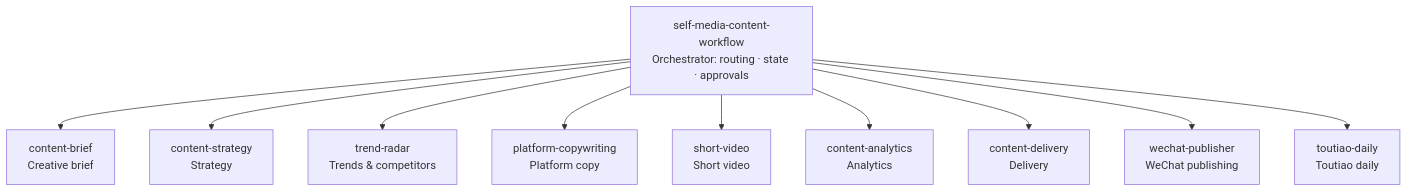
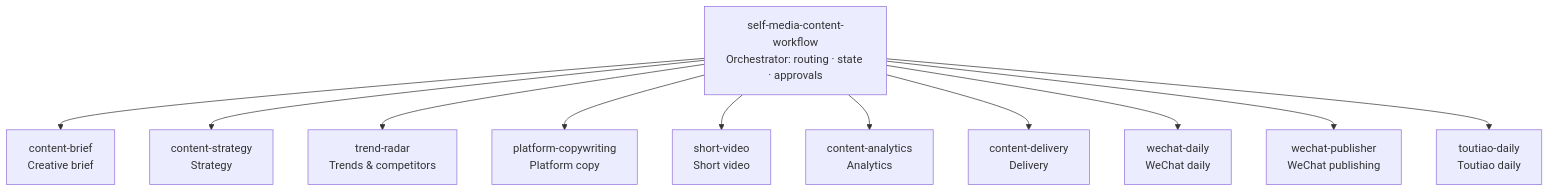
The diagram in README.en.md (huangzigen666/self-media-content-workflow), drawn with Mermaid before and after one commit. The commit also changed other lines of this file and 12 other files, not shown here.

Commit message:
feat(wechat): add daily quality workflow

````diff
--- a/README.en.md
+++ b/README.en.md
@@ -19,13 +19,14 @@
 ```mermaid
 graph TD
     W["self-media-content-workflow<br/>Orchestrator: routing · state · approvals"]
     W --> B["content-brief<br/>Creative brief"]
     W --> S["content-strategy<br/>Strategy"]
     W --> R["trend-radar<br/>Trends & competitors"]
     W --> C["platform-copywriting<br/>Platform copy"]
     W --> V["short-video<br/>Short video"]
     W --> A["content-analytics<br/>Analytics"]
     W --> D["content-delivery<br/>Delivery"]
+    W --> G["wechat-daily<br/>WeChat daily"]
     W --> P["wechat-publisher<br/>WeChat publishing"]
     W --> T["toutiao-daily<br/>Toutiao daily"]
 ```
````
